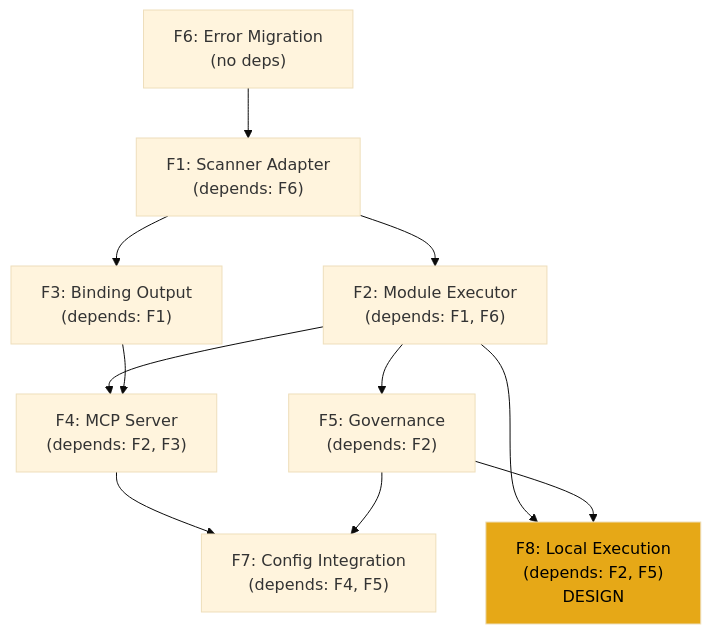
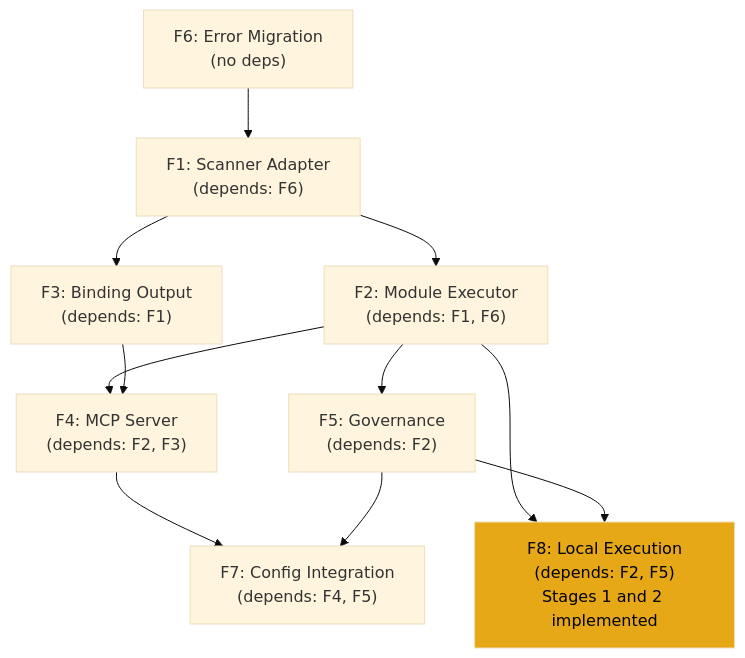
The diagram in docs/features/v2-overview.md (aiperceivable/apexe), drawn with Mermaid (base theme) before and after one commit. The commit also changed other lines of this file and 57 other files, not shown here.

````diff
--- a/docs/features/v2-overview.md
+++ b/docs/features/v2-overview.md
@@ -50,24 +51,24 @@
 ```mermaid
 graph TD
     F6["F6: Error Migration<br/>(no deps)"]
     F1["F1: Scanner Adapter<br/>(depends: F6)"]
     F2["F2: Module Executor<br/>(depends: F1, F6)"]
     F3["F3: Binding Output<br/>(depends: F1)"]
     F4["F4: MCP Server<br/>(depends: F2, F3)"]
     F5["F5: Governance<br/>(depends: F2)"]
     F7["F7: Config Integration<br/>(depends: F4, F5)"]
-    F8["F8: Local Execution<br/>(depends: F2, F5)<br/>DESIGN"]
+    F8["F8: Local Execution<br/>(depends: F2, F5)<br/>Stages 1 and 2 implemented"]
 
     F6 --> F1
     F1 --> F2
     F1 --> F3
     F2 --> F4
     F3 --> F4
     F2 --> F5
     F4 --> F7
     F5 --> F7
     F2 --> F8
     F5 --> F8
 
     style F8 fill:#e6a817,color:#000
 ```
````
